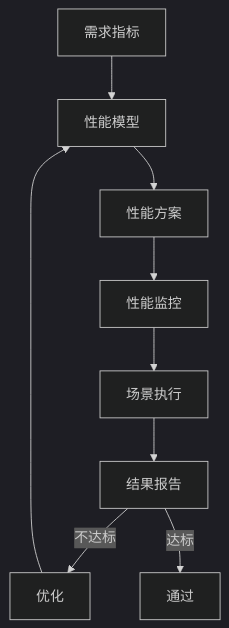
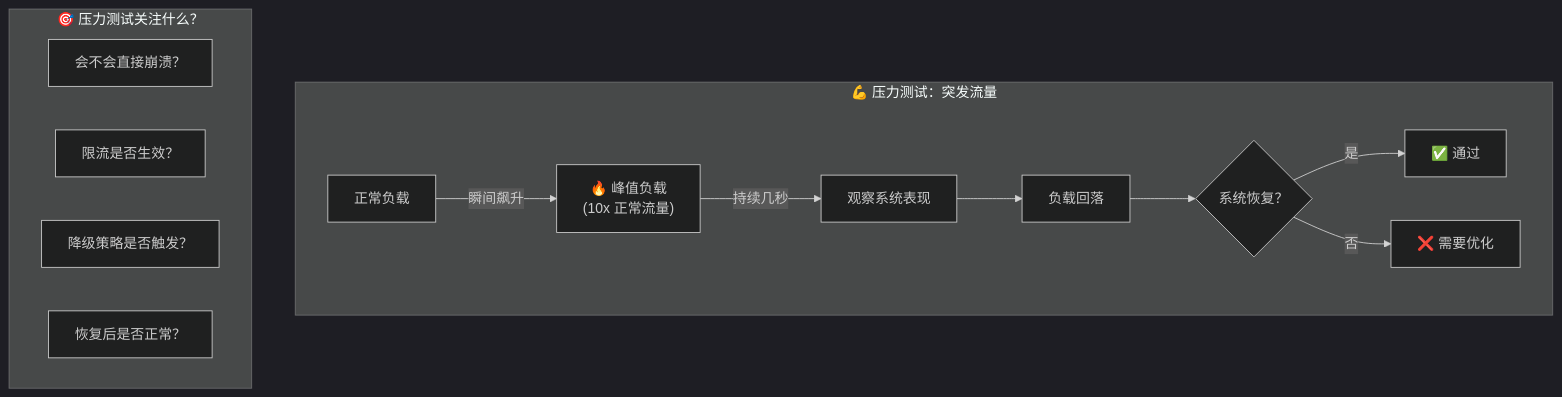
Before and after one commit to zhangshichuan/maxzhang.site: the eighth of 14 diagrams in articles/zh/nodejs-unit-performance-testing-guide.mdx, drawn with Mermaid (dark theme). The commit also changed other lines of this file and 1 other file, not shown here.

````diff
--- a/articles/zh/nodejs-unit-performance-testing-guide.mdx
+++ b/articles/zh/nodejs-unit-performance-testing-guide.mdx
@@ -303,11 +838,19 @@
 ```mermaid
 flowchart TD
-    A[需求指标] --> B[性能模型]
-    B --> C[性能方案]
-    C --> D[性能监控]
-    D --> E[场景执行]
-    E --> F[结果报告]
-    F -->|不达标| G[优化]
-    G --> B
-    F -->|达标| H[通过]
+    subgraph 压力测试["💪 压力测试：突发流量"]
+        direction LR
+        A[正常负载] -->|瞬间飙升| B["🔥 峰值负载<br/>(10x 正常流量)"]
+        B -->|持续几秒| C[观察系统表现]
+        C --> D[负载回落]
+        D --> E{系统恢复？}
+        E -->|是| F[✅ 通过]
+        E -->|否| G[❌ 需要优化]
+    end
+
+    subgraph 关注点["🎯 压力测试关注什么？"]
+        P1["会不会直接崩溃？"]
+        P2["限流是否生效？"]
+        P3["降级策略是否触发？"]
+        P4["恢复后是否正常？"]
+    end
 ```
````
